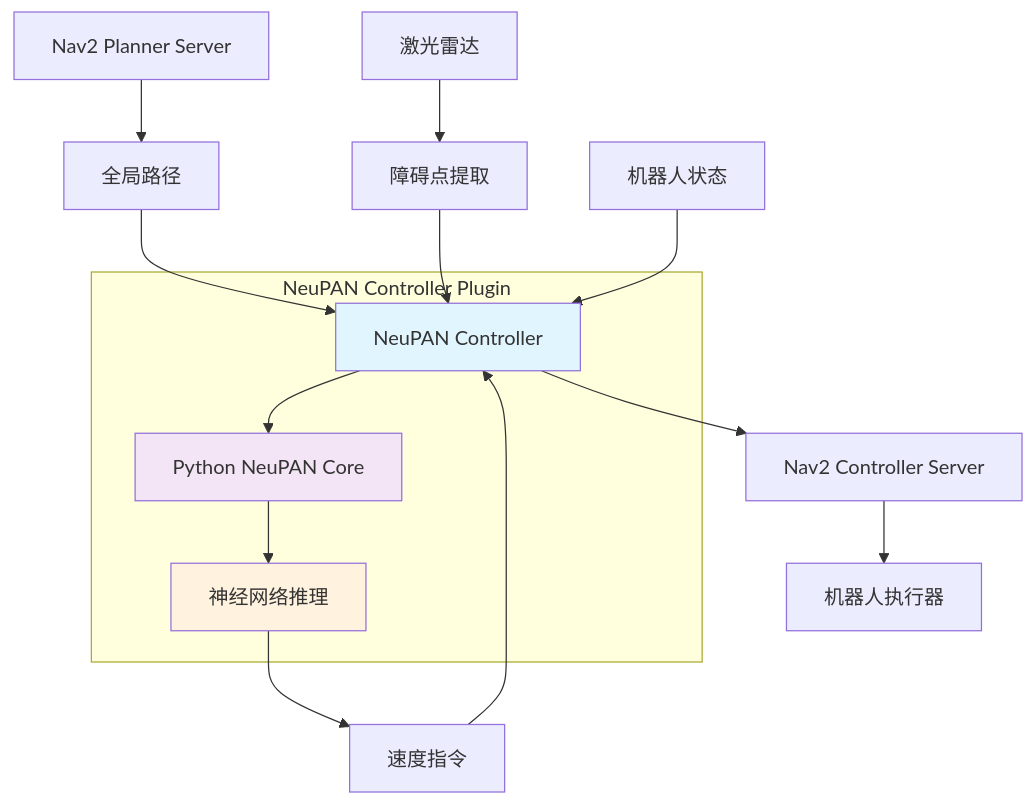
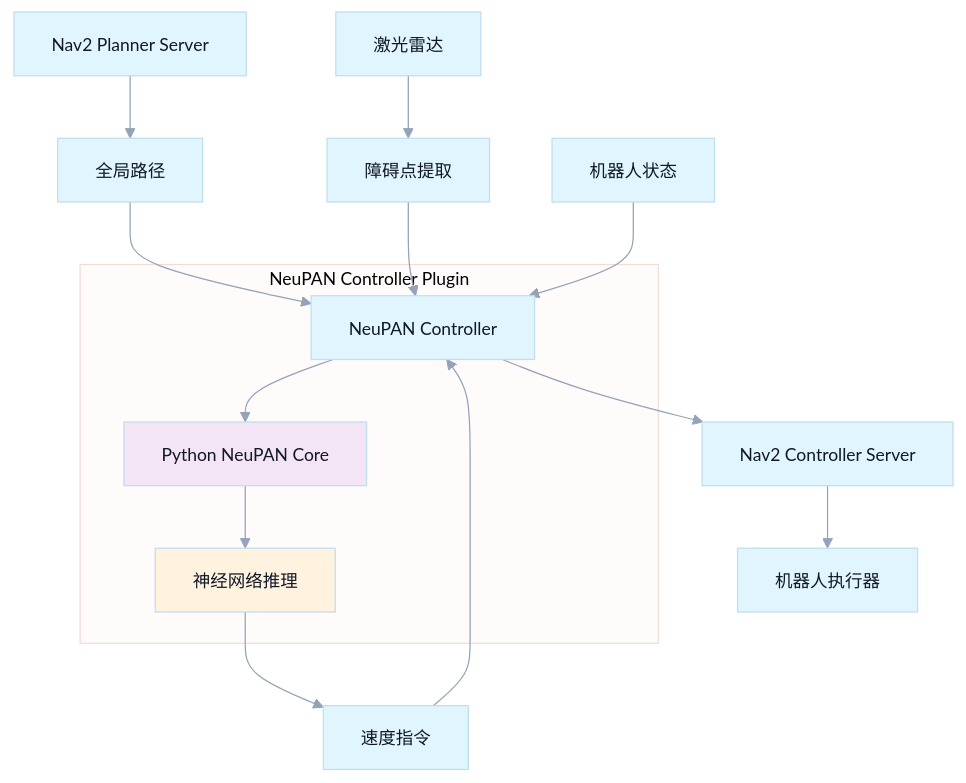
Before and after one commit to huapu-kaf/neupan_nav2_controller: the diagram in README.md, drawn with Mermaid. The commit also changed other lines of this file, not shown here.

````diff
--- a/README.md
+++ b/README.md
@@ -68,24 +89,25 @@
 ```mermaid
+%%{init: {'theme': 'base', 'themeVariables': { 'primaryColor': '#e1f5fe', 'secondaryColor': '#f3e5f5', 'primaryTextColor': '#111827', 'lineColor': '#94a3b8', 'fontSize': '14px'}} }%%
 graph TB
     A[Nav2 Planner Server] --> B[全局路径]
     B --> C[NeuPAN Controller]
     D[激光雷达] --> E[障碍点提取]
     E --> C
     F[机器人状态] --> C
     C --> G[Python NeuPAN Core]
     G --> H[神经网络推理]
     H --> I[速度指令]
     I --> C
     C --> J[Nav2 Controller Server]
     J --> K[机器人执行器]
     
     subgraph "NeuPAN Controller Plugin"
         C
         G
         H
     end
     
     style C fill:#e1f5fe
     style G fill:#f3e5f5
     style H fill:#fff3e0
 ```
````
